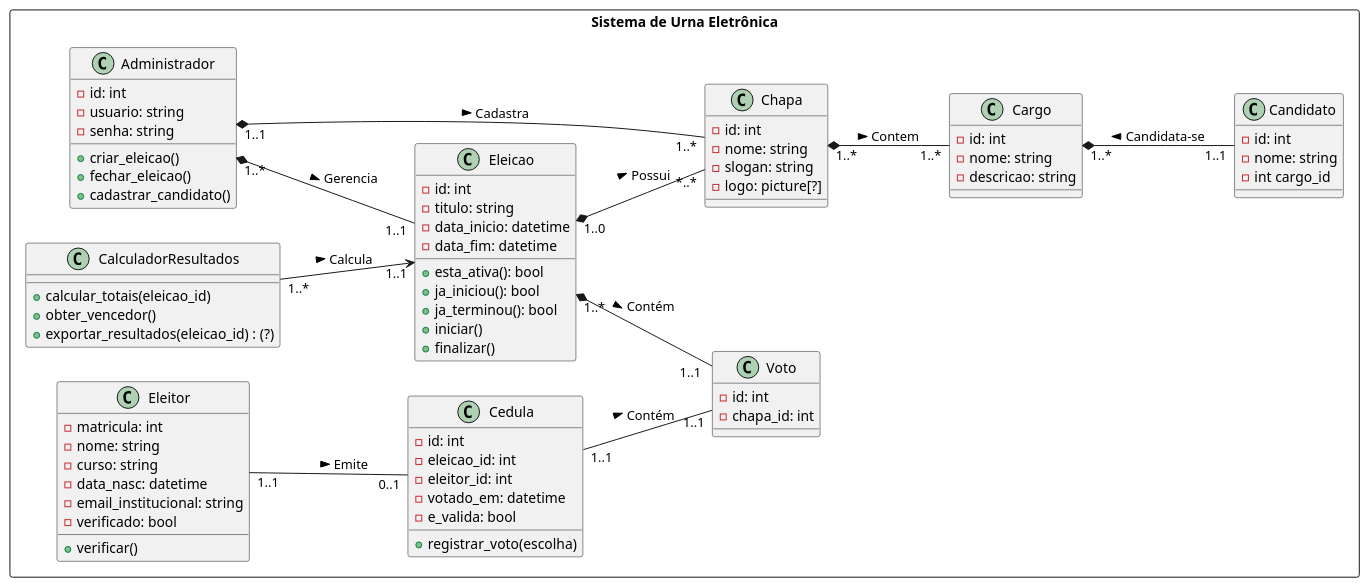
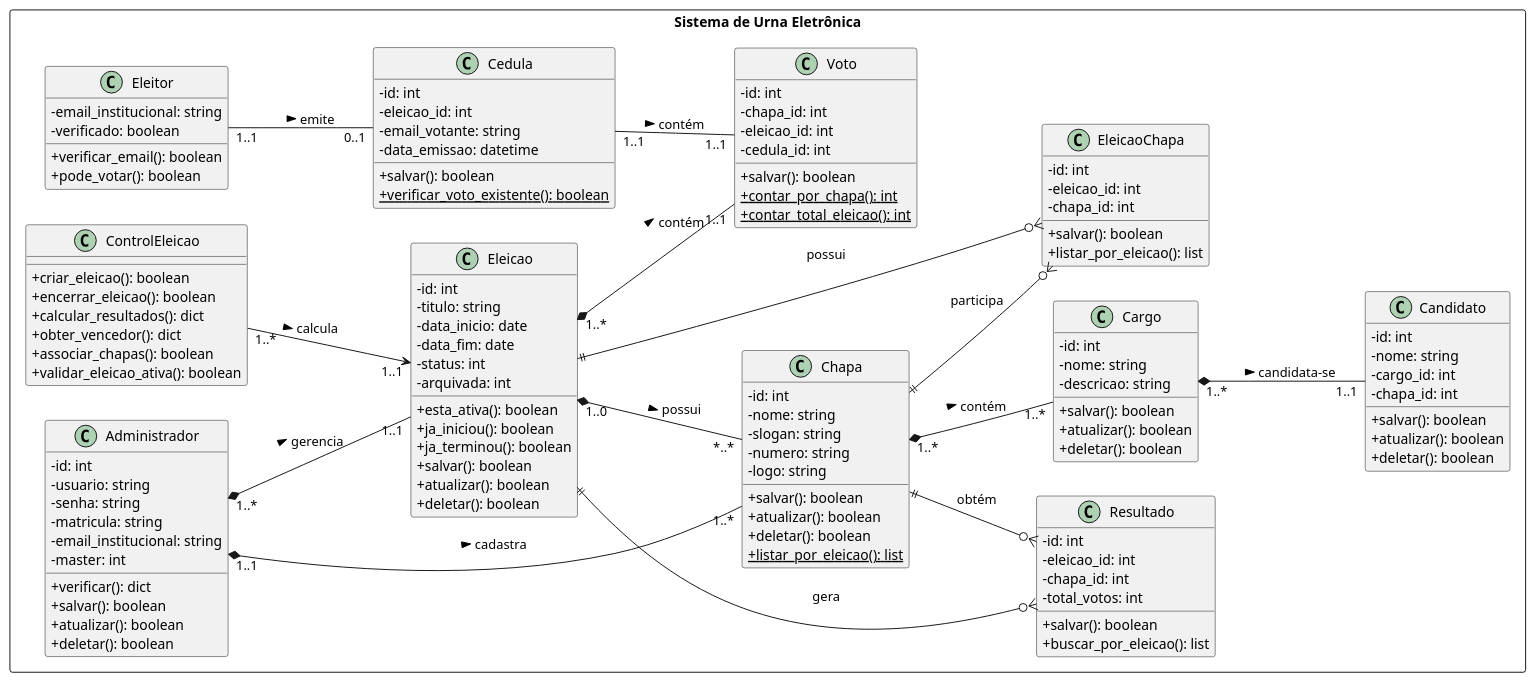
Before and after one commit to Bields190/Urna: the diagram in UML/UML_ideia.puml, drawn with PlantUML. The commit also changed 1 other file, not shown here.

```diff
--- a/UML/UML_ideia.puml
+++ b/UML/UML_ideia.puml
@@ -1,92 +1,134 @@
-@startuml SISTEMAS DE URNA ELETRONICA - DIAGRAMA DE CLASSES
+@startuml SISTEMA URNA ELETRÔNICA - DIAGRAMA DE CLASSES SIMPLIFICADO
 left to right direction
+skinparam classAttributeIconSize 0
 
 rectangle "Sistema de Urna Eletrônica" {
+
+    class Administrador {
+        -id: int
+        -usuario: string
+        -senha: string
+        -matricula: string
+        -email_institucional: string
+        -master: int
+        +verificar(): dict
+        +salvar(): boolean
+        +atualizar(): boolean
+        +deletar(): boolean
+    }
 
     class Eleicao {
         -id: int
         -titulo: string
-        -data_inicio: datetime
-        -data_fim: datetime
-
-        +esta_ativa(): bool
-        +ja_iniciou(): bool
-        +ja_terminou(): bool
-        +iniciar()
-        +finalizar()
+        -data_inicio: date
+        -data_fim: date
+        -status: int
+        -arquivada: int
+        +esta_ativa(): boolean
+        +ja_iniciou(): boolean
+        +ja_terminou(): boolean
+        +salvar(): boolean
+        +atualizar(): boolean
+        +deletar(): boolean
     }
 
     class Cargo {
         -id: int
         -nome: string
         -descricao: string
+        +salvar(): boolean
+        +atualizar(): boolean
+        +deletar(): boolean
     }
 
     class Candidato {
         -id: int
         -nome: string
-        -int cargo_id
+        -cargo_id: int
+        -chapa_id: int
+        +salvar(): boolean
+        +atualizar(): boolean
+        +deletar(): boolean
     }
 
-    class Chapa{
+    class Chapa {
         -id: int
         -nome: string
         -slogan: string
-        -logo: picture[?]
+        -numero: string
+        -logo: string
+        +salvar(): boolean
+        +atualizar(): boolean
+        +deletar(): boolean
+        +{static}listar_por_eleicao(): list
     }
 
     class Eleitor {
-        -matricula: int
-        -nome: string
-        -curso: string
-        -data_nasc: datetime
         -email_institucional: string
-        -verificado: bool
-
-        +verificar()
+        -verificado: boolean
+        +verificar_email(): boolean
+        +pode_votar(): boolean
     }
 
     class Voto {
         -id: int
         -chapa_id: int
+        -eleicao_id: int
+        -cedula_id: int
+        +salvar(): boolean
+        +{static}contar_por_chapa(): int
+        +{static}contar_total_eleicao(): int
     }
 
     class Cedula {
         -id: int
         -eleicao_id: int
-        -eleitor_id: int
-        -votado_em: datetime
-        -e_valida: bool
-
-        +registrar_voto(escolha)
+        -email_votante: string
+        -data_emissao: datetime
+        +salvar(): boolean
+        +{static}verificar_voto_existente(): boolean
     }
 
-
-    class Administrador {
+    class Resultado {
         -id: int
-        -usuario: string
-        -senha: string
-
-        +criar_eleicao()
-        +fechar_eleicao()
-        +cadastrar_candidato()
+        -eleicao_id: int
+        -chapa_id: int
+        -total_votos: int
+        +salvar(): boolean
+        +buscar_por_eleicao(): list
     }
 
-    class CalculadorResultados {
-        +calcular_totais(eleicao_id)
-        +obter_vencedor()
-        +exportar_resultados(eleicao_id) : (?)
+    class EleicaoChapa {
+        -id: int
+        -eleicao_id: int
+        -chapa_id: int
+        +salvar(): boolean
+        +listar_por_eleicao(): list
     }
 
-    Chapa "1..*" *-- "1..*" Cargo : > Contem
-    Cargo "1..*" *-- "1..1" Candidato : Candidata-se <
-    Eleicao "1..0" *-- "*..*" Chapa : > Possui
-    Eleitor "1..1" -- "0..1" Cedula : > Emite
-    Cedula "1..1" -- "1..1" Voto : > Contém
-    Administrador "1..*" *-- "1..1" Eleicao : > Gerencia
-    CalculadorResultados "1..*" --> "1..1" Eleicao : > Calcula
-    Administrador "1..1" *-  "1..*" Chapa : > Cadastra
-    Eleicao "1..* " *--  "1..1 " Voto: > Contém
+    class ControlEleicao {
+        +criar_eleicao(): boolean
+        +encerrar_eleicao(): boolean
+        +calcular_resultados(): dict
+        +obter_vencedor(): dict
+        +associar_chapas(): boolean
+        +validar_eleicao_ativa(): boolean
+    }
+
+    ' Relacionamentos principais
+    Chapa "1..*" *-- "1..*" Cargo : > contém
+    Cargo "1..*" *-- "1..1" Candidato : > candidata-se
+    Eleicao "1..0" *-- "*..*" Chapa : > possui
+    Eleitor "1..1" -- "0..1" Cedula : > emite
+    Cedula "1..1" -- "1..1" Voto : > contém
+    Administrador "1..*" *-- "1..1" Eleicao : > gerencia
+    ControlEleicao "1..*" --> "1..1" Eleicao : > calcula
+    Administrador "1..1" *- "1..*" Chapa : > cadastra
+    Eleicao "1..*" *-- "1..1" Voto : > contém
+    Eleicao ||--o{ EleicaoChapa : "possui"
+    Chapa ||--o{ EleicaoChapa : "participa"
+    Eleicao ||--o{ Resultado : "gera"
+    Chapa ||--o{ Resultado : "obtém"
 }
 
 @enduml
```
